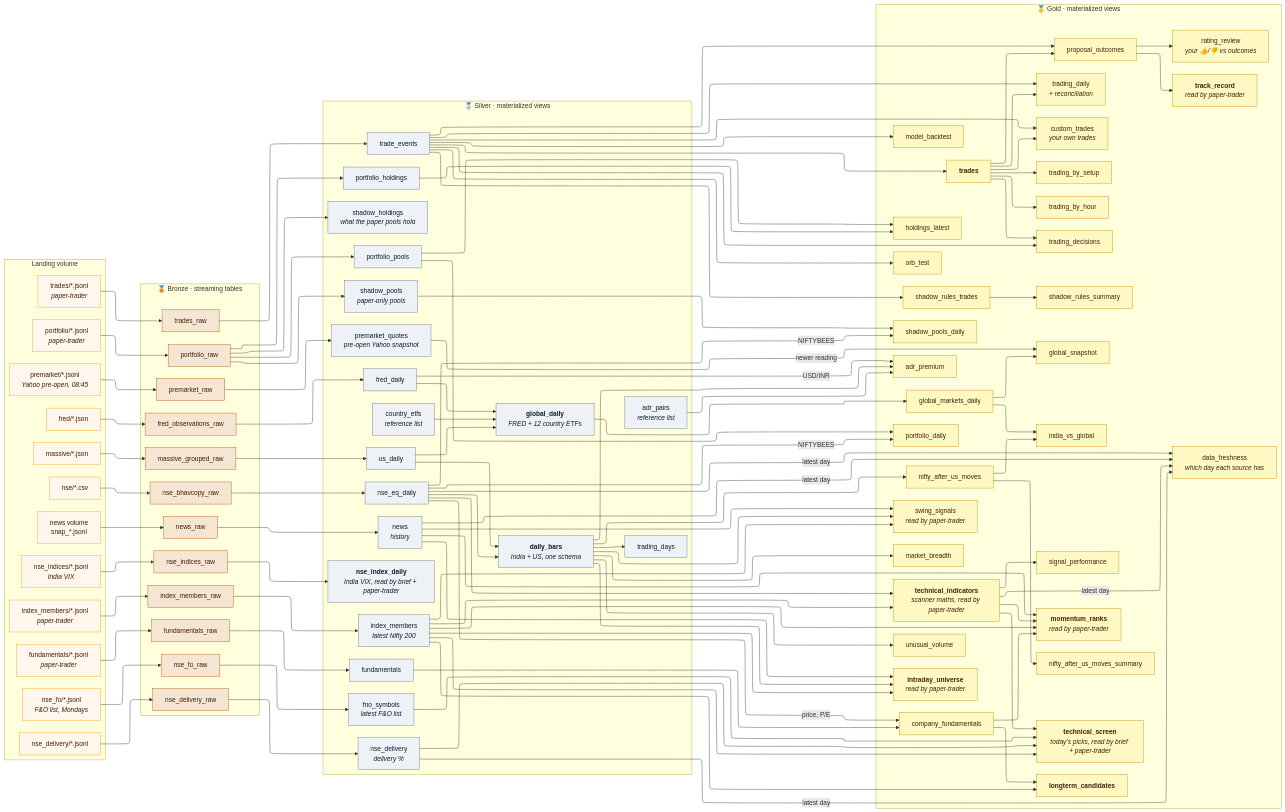
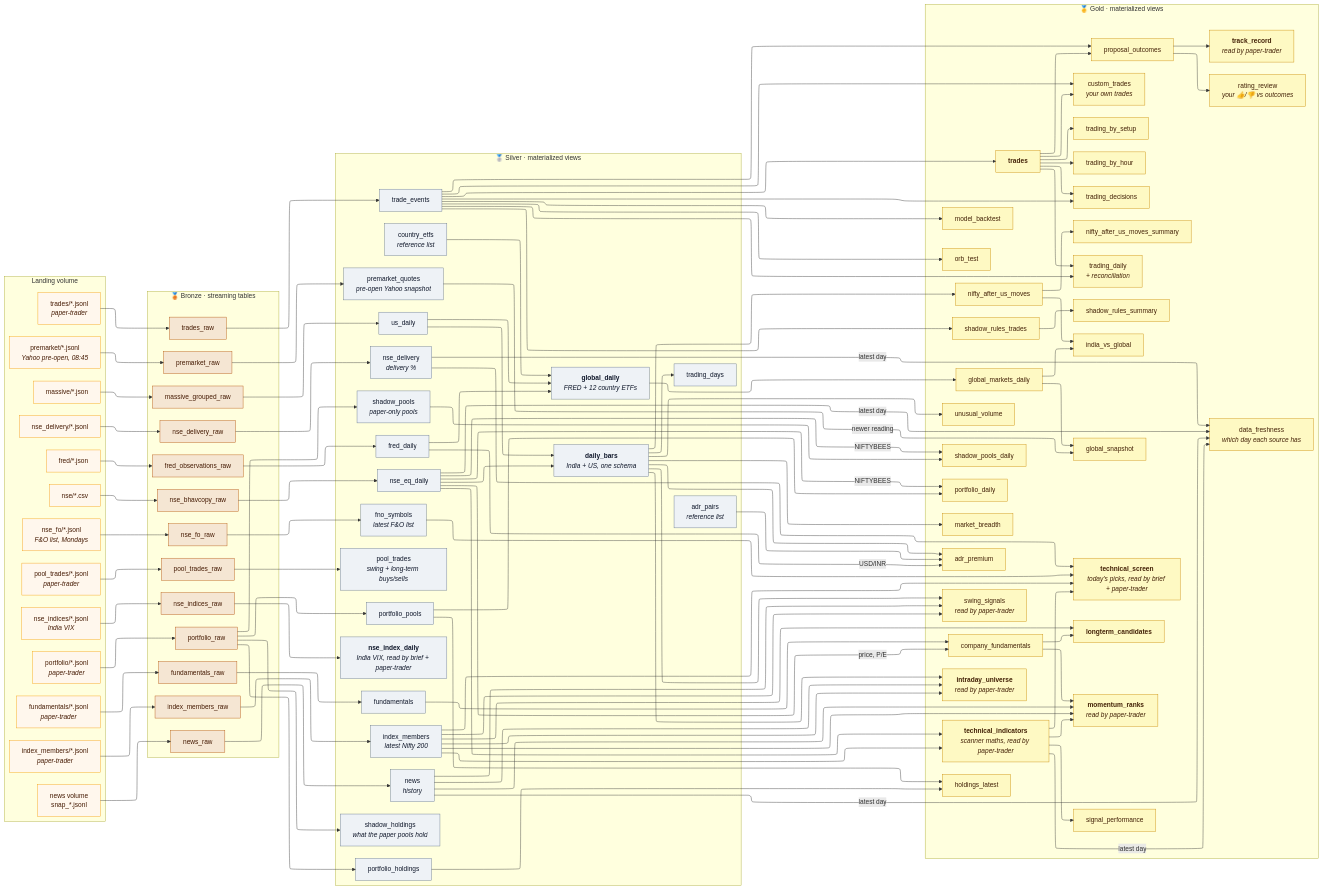
Before and after one commit to bumblebee26/stocks_lakehouse: the diagram in docs/diagrams/03_lineage.mmd, drawn with Mermaid. The commit also changed 13 other files, not shown here.

First line of the commit message:
Swing and Long term: P&L in Rs, trades placed, best shadow with its name and value (#72)

```diff
--- a/docs/diagrams/03_lineage.mmd
+++ b/docs/diagrams/03_lineage.mmd
@@ -1,177 +1,181 @@
 ---
 config:
   layout: elk
   elk:
     mergeEdges: false
     nodePlacementStrategy: NETWORK_SIMPLEX
 ---
 flowchart LR
     subgraph LAND["Landing volume"]
         direction TB
         LN["nse/*.csv"]
         LD["nse_delivery/*.jsonl"]
         LX["nse_indices/*.jsonl<br/><i>India VIX</i>"]
         LO["nse_fo/*.jsonl<br/><i>F&amp;O list, Mondays</i>"]
         LM["massive/*.json"]
         LF["fred/*.json"]
         LY["premarket/*.jsonl<br/><i>Yahoo pre-open, 08:45</i>"]
         LT["trades/*.jsonl<br/><i>paper-trader</i>"]
         LP["portfolio/*.jsonl<br/><i>paper-trader</i>"]
+        LQ["pool_trades/*.jsonl<br/><i>paper-trader</i>"]
         LU["fundamentals/*.jsonl<br/><i>paper-trader</i>"]
         LI["index_members/*.jsonl<br/><i>paper-trader</i>"]
         LW["news volume<br/>snap_*.jsonl"]
     end
 
     subgraph B["🥉 Bronze · streaming tables"]
         direction TB
         B1["nse_bhavcopy_raw"]
         B2["massive_grouped_raw"]
         B3["fred_observations_raw"]
         B4["trades_raw"]
         B5["portfolio_raw"]
         B6["fundamentals_raw"]
         B7["index_members_raw"]
         B8["news_raw"]
         B9["nse_delivery_raw"]
         B10["nse_fo_raw"]
         B11["premarket_raw"]
         B12["nse_indices_raw"]
+        B13["pool_trades_raw"]
     end
 
     subgraph S["🥈 Silver · materialized views"]
         direction TB
         S1["nse_eq_daily"]
         S2["us_daily"]
         S3["<b>daily_bars</b><br/><i>India + US, one schema</i>"]
         S4["trading_days"]
         S5["fred_daily"]
         S6["<b>global_daily</b><br/><i>FRED + 12 country ETFs</i>"]
         S7["trade_events"]
         S8["portfolio_pools"]
         S9["portfolio_holdings"]
         S10["fundamentals"]
         S11["index_members<br/><i>latest Nifty 200</i>"]
         S12["news<br/><i>history</i>"]
         S13["country_etfs<br/><i>reference list</i>"]
         S14["adr_pairs<br/><i>reference list</i>"]
         S15["shadow_pools<br/><i>paper-only pools</i>"]
         S16["nse_delivery<br/><i>delivery %</i>"]
         S17["fno_symbols<br/><i>latest F&amp;O list</i>"]
         S18["shadow_holdings<br/><i>what the paper pools hold</i>"]
         S19["premarket_quotes<br/><i>pre-open Yahoo snapshot</i>"]
         S20["<b>nse_index_daily</b><br/><i>India VIX, read by brief + paper-trader</i>"]
+        S21["pool_trades<br/><i>swing + long-term buys/sells</i>"]
     end
 
     subgraph G["🥇 Gold · materialized views"]
         direction TB
         G1["unusual_volume"]
         G2["market_breadth"]
         G3["nifty_after_us_moves"]
         G4["nifty_after_us_moves_summary"]
         G5["adr_premium"]
         G6["global_markets_daily"]
         G7["global_snapshot"]
         G8["india_vs_global"]
         G9["<b>trades</b>"]
         G10["trading_daily<br/><i>+ reconciliation</i>"]
         G11["trading_by_setup"]
         G12["trading_by_hour"]
         G13["trading_decisions"]
         G14["portfolio_daily"]
         G15["holdings_latest"]
         G16["company_fundamentals"]
         G17["<b>longterm_candidates</b>"]
         G18["proposal_outcomes"]
         G19["<b>track_record</b><br/><i>read by paper-trader</i>"]
         G20["custom_trades<br/><i>your own trades</i>"]
         G21["<b>intraday_universe</b><br/><i>read by paper-trader</i>"]
         G22["swing_signals<br/><i>read by paper-trader</i>"]
         G23["shadow_pools_daily"]
         G24["<b>technical_indicators</b><br/><i>scanner maths, read by paper-trader</i>"]
         G25["<b>technical_screen</b><br/><i>today's picks, read by brief + paper-trader</i>"]
         G26["signal_performance"]
         G27["data_freshness<br/><i>which day each source has</i>"]
         G28["rating_review<br/><i>your 👍/👎 vs outcomes</i>"]
         G29["shadow_rules_trades"]
         G30["shadow_rules_summary"]
         G31["orb_test"]
         G32["model_backtest"]
         G33["<b>momentum_ranks</b><br/><i>read by paper-trader</i>"]
     end
 
     LN --> B1 --> S1 --> S3
     LM --> B2 --> S2 --> S3
     LF --> B3 --> S5 --> S6
     S2 --> S6
     S13 --> S6
     S3 --> S4
     S3 --> G1
     S3 --> G2
     S3 --> G3 --> G4
     S3 --> G5
     S14 --> G5
     S5 -- "USD/INR" --> G5
     S6 --> G6 --> G7
     LY --> B11 --> S19 -- "newer reading" --> G7
     G6 --> G8
     G3 --> G8
     LT --> B4 --> S7 --> G9
     G9 --> G10
     S7 --> G10
     G9 --> G11
     G9 --> G12
     G9 --> G13
     S7 --> G13
     S7 --> G18
     G9 --> G18 --> G19
     LP --> B5
     B5 --> S8
     B5 --> S9
     S8 --> G14
     S1 -- "NIFTYBEES" --> G14
     S9 --> G15
     S8 --> G15
     LU --> B6 --> S10 --> G16
     S1 -- "price, P/E" --> G16
     LI --> B7 --> S11 --> G17
     G16 --> G17
     LW --> B8 --> S12
     G9 --> G20
     S7 --> G20
     B5 --> S15 --> G23
     S1 -- "NIFTYBEES" --> G23
     S3 --> G21
     S11 --> G21
     S12 --> G21
     S3 --> G22
     S11 --> G22
     S12 --> G22
     LD --> B9 --> S16
     LO --> B10 --> S17
     LX --> B12 --> S20
+    LQ --> B13 --> S21
     S1 --> G24
     S11 --> G24
     G24 --> G25
     S11 --> G25
     S16 --> G25
     S17 --> G25
     G24 --> G26
     S1 & S16 & S12 & G24 -- "latest day" --> G27
     B5 --> S18
     G18 --> G28
     S7 --> G29 --> G30
     S7 --> G31
     S7 --> G32
     G24 --> G33
     G16 --> G33
     S11 --> G33
     S12 --> G33
 
     classDef land fill:#fff7ed,stroke:#f59e0b,color:#451a03
     classDef bronze fill:#f5e6d3,stroke:#b45309,color:#451a03
     classDef silver fill:#eef2f6,stroke:#64748b,color:#0f172a
     classDef gold fill:#fef9c3,stroke:#ca8a04,color:#422006
-    class LN,LD,LX,LO,LM,LF,LY,LT,LP,LU,LI,LW land
-    class B1,B2,B3,B4,B5,B6,B7,B8,B9,B10,B11,B12 bronze
-    class S1,S2,S3,S4,S5,S6,S7,S8,S9,S10,S11,S12,S13,S14,S15,S16,S17,S18,S19,S20 silver
+    class LN,LD,LX,LO,LM,LF,LY,LT,LP,LQ,LU,LI,LW land
+    class B1,B2,B3,B4,B5,B6,B7,B8,B9,B10,B11,B12,B13 bronze
+    class S1,S2,S3,S4,S5,S6,S7,S8,S9,S10,S11,S12,S13,S14,S15,S16,S17,S18,S19,S20,S21 silver
     class G1,G2,G3,G4,G5,G6,G7,G8,G9,G10,G11,G12,G13,G14,G15,G16,G17,G18,G19,G20,G21,G22,G23,G24,G25,G26,G27,G28,G29,G30,G31,G32,G33 gold
```
